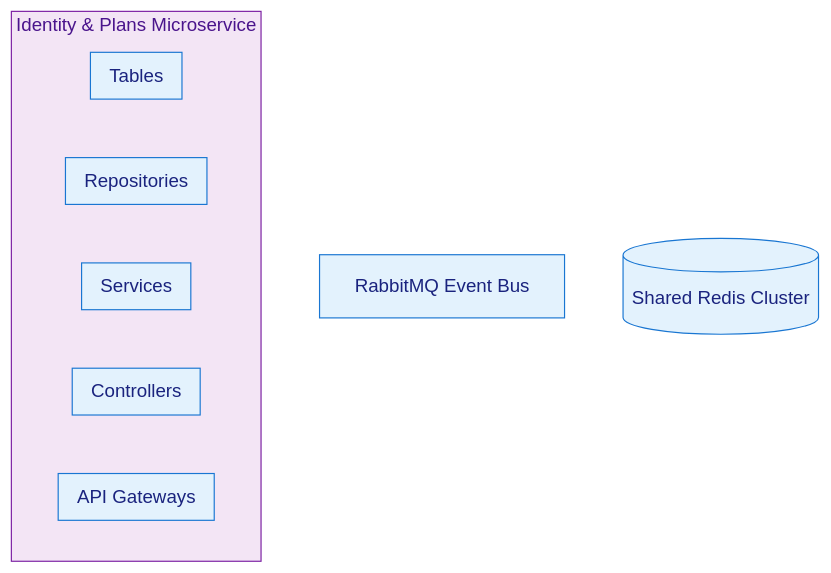
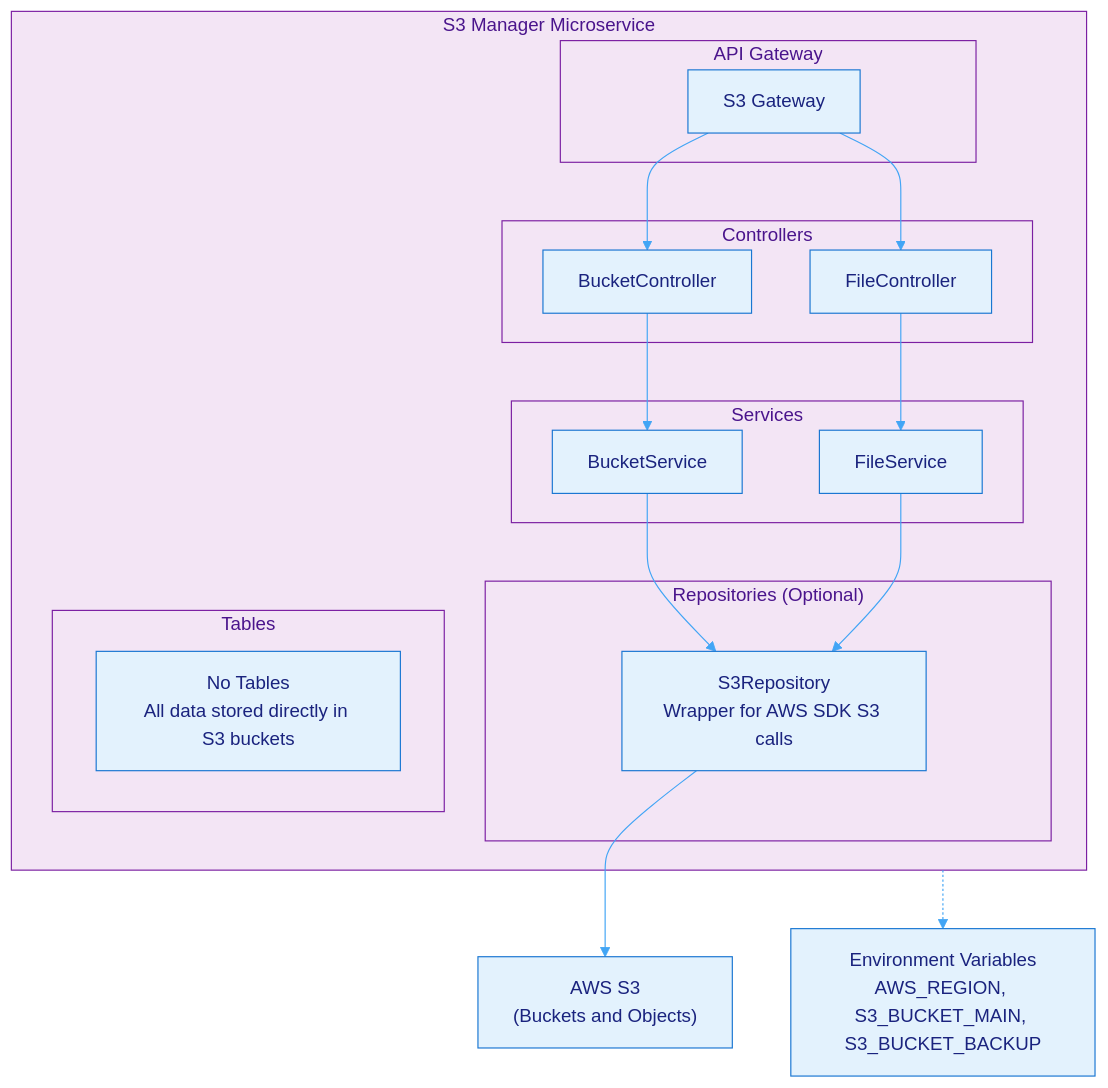
Before and after one commit to MmagdyHafezZ/pitch: the diagram in docs/architecture/MicroServices/S3-Manager/architecture.mmd, drawn with Mermaid. The commit also changed other lines of this file, not shown here.

Commit message:
added s3 architecture diagram

```diff
--- a/docs/architecture/MicroServices/S3-Manager/architecture.mmd
+++ b/docs/architecture/MicroServices/S3-Manager/architecture.mmd
@@ -1,56 +1,63 @@
 %%{init: {'theme':'base', 'themeVariables': { 
   'primaryColor':'#e3f2fd',
   'primaryTextColor':'#1a237e',
   'primaryBorderColor':'#1976d2',
   'lineColor':'#42a5f5',
   'secondaryColor':'#fff3e0',
   'secondaryTextColor':'#e65100',
   'secondaryBorderColor':'#fb8c00',
   'tertiaryColor':'#f3e5f5',
   'tertiaryTextColor':'#4a148c',
   'tertiaryBorderColor':'#7b1fa2',
   'noteBkgColor':'#fff9c4',
   'noteTextColor':'#f57f17'
 }}}%%
 flowchart TB
-    %% Identity & Plans Microservice
-    subgraph IdentityPlans["Identity & Plans Microservice"]
+    %% S3 Manager Microservice
+    subgraph S3Manager["S3 Manager Microservice"]
         
-        subgraph API["API Gateways"]
-            
+        %% API Gateways
+        subgraph API["API Gateway"]
+            S3Gateway["S3 Gateway"]
         end
         
+        %% Controllers
         subgraph CTRL["Controllers"]
-            
+            BucketController["BucketController"]
+            FileController["FileController"]
         end
         
+        %% Services
         subgraph SVC["Services"]
-            
+            BucketService["BucketService"]
+            FileService["FileService"]
         end
         
-        subgraph REPO["Repositories"]
-            
+        %% Repositories
+        subgraph REPO["Repositories (Optional)"]
+            S3Repository["S3Repository<br/>Wrapper for AWS SDK S3 calls"]
         end
         
+        %% Tables
         subgraph Table["Tables"]
-            
+            None["No Tables<br/>All data stored directly in S3 buckets"]
         end
     end
     
-    %% External Event Bus
-    RabbitMQ[RabbitMQ Event Bus]
-    
-    %% Shared Cache Cluster
-    Redis[(Shared Redis Cluster)]
-    
-    %% Other Microservices
-    
+    %% External Connections
+    EnvVars["Environment Variables<br/>AWS_REGION, S3_BUCKET_MAIN, S3_BUCKET_BACKUP"]
+    AWS["AWS S3<br/>(Buckets and Objects)"]
     
     %% Internal Flows
+    S3Gateway --> BucketController
+    S3Gateway --> FileController
     
-    %% Redis Usage (namespaced keys per service)
+    BucketController --> BucketService
+    FileController --> FileService
     
+    BucketService --> S3Repository
+    FileService --> S3Repository
     
-    %% Event Publishing
+    S3Repository --> AWS
     
-    %% Event Consumption
+    S3Manager -.-> EnvVars
```
